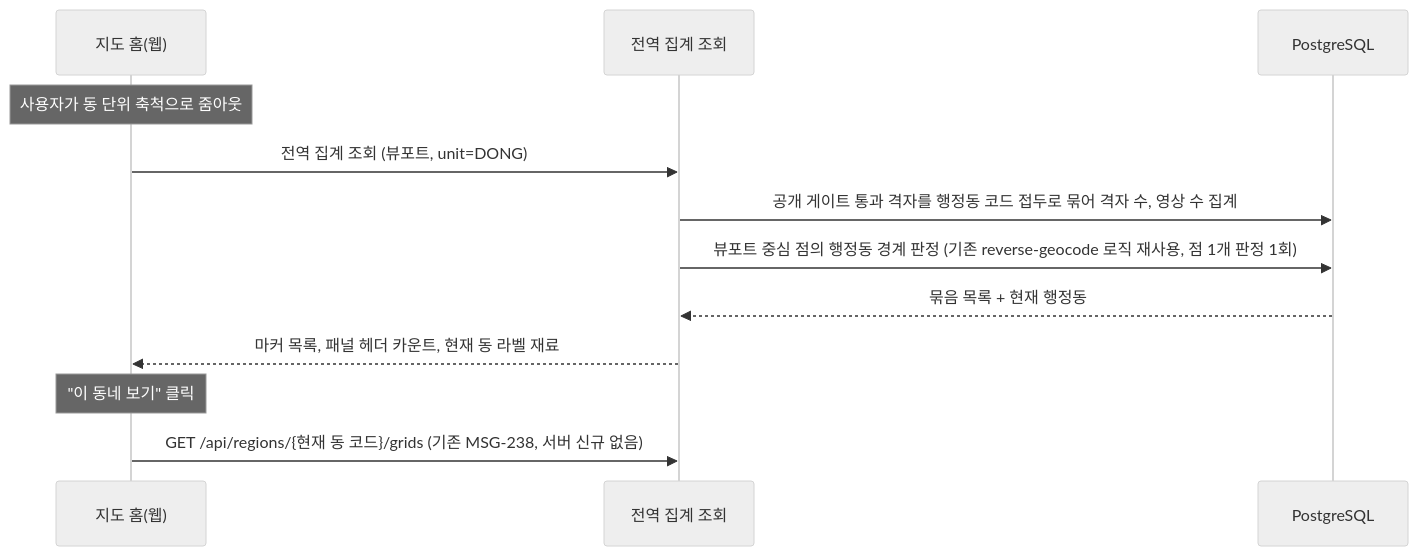
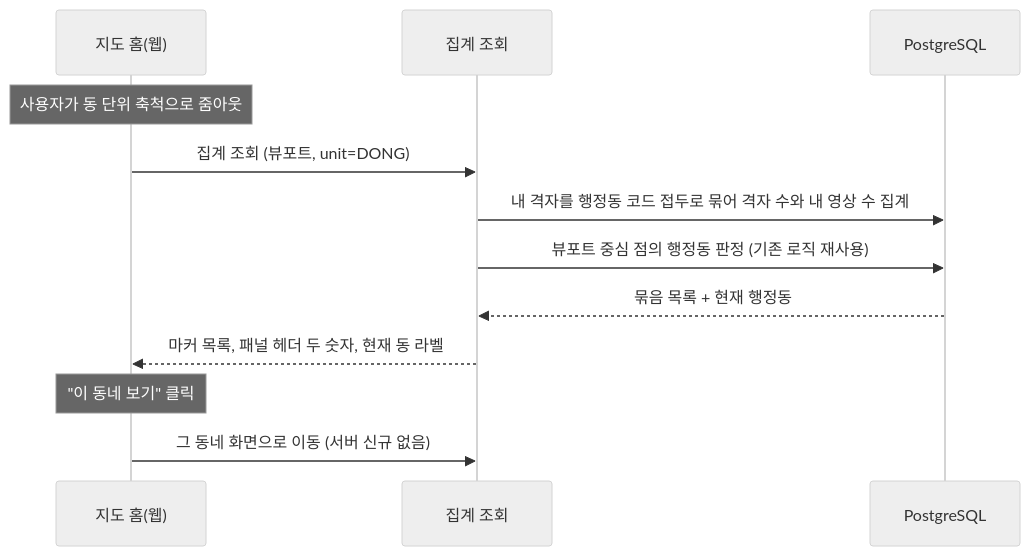
Before and after one commit to ASM-MSG/BE: the first of 2 diagrams in docs/prd/MSG-374-prd.md, drawn with Mermaid (neutral theme). The commit also changed other lines of this file, not shown here.

Commit message:
MSG-374 docs: 전역 집계 번복에 맞춰 PRD를 영상 수와 현재 동 추가로 다시 작성

````diff
--- a/docs/prd/MSG-374-prd.md
+++ b/docs/prd/MSG-374-prd.md
@@ -68,15 +48,15 @@
 ```mermaid
 sequenceDiagram
     participant FE as 지도 홈(웹)
-    participant API as 전역 집계 조회
+    participant API as 집계 조회
     participant DB as PostgreSQL
 
     Note over FE: 사용자가 동 단위 축척으로 줌아웃
-    FE->>API: 전역 집계 조회 (뷰포트, unit=DONG)
-    API->>DB: 공개 게이트 통과 격자를 행정동 코드 접두로 묶어 격자 수, 영상 수 집계
-    API->>DB: 뷰포트 중심 점의 행정동 경계 판정 (기존 reverse-geocode 로직 재사용, 점 1개 판정 1회)
+    FE->>API: 집계 조회 (뷰포트, unit=DONG)
+    API->>DB: 내 격자를 행정동 코드 접두로 묶어 격자 수와 내 영상 수 집계
+    API->>DB: 뷰포트 중심 점의 행정동 판정 (기존 로직 재사용)
     DB-->>API: 묶음 목록 + 현재 행정동
-    API-->>FE: 마커 목록, 패널 헤더 카운트, 현재 동 라벨 재료
+    API-->>FE: 마커 목록, 패널 헤더 두 숫자, 현재 동 라벨
     Note over FE: "이 동네 보기" 클릭
-    FE->>API: GET /api/regions/{현재 동 코드}/grids (기존 MSG-238, 서버 신규 없음)
+    FE->>API: 그 동네 화면으로 이동 (서버 신규 없음)
 ```
````
